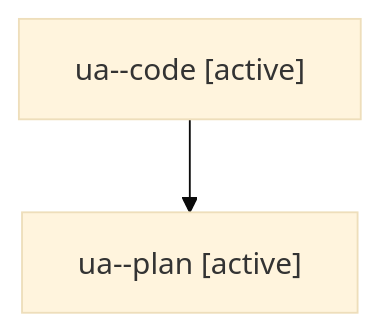
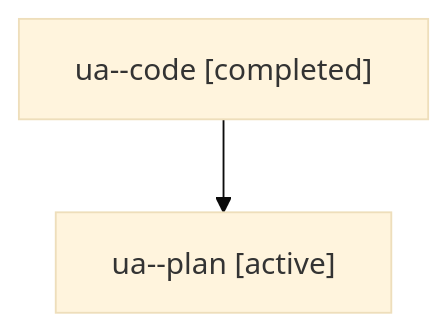
The diagram in families/bbugyi200.athena.ua.md (sase-org/sase--agents), drawn with Mermaid (base theme) before and after one commit. The commit also changed other lines of this file and 4556 other files, not shown here.

````diff
--- a/families/bbugyi200.athena.ua.md
+++ b/families/bbugyi200.athena.ua.md
@@ -9,6 +9,6 @@
 ```mermaid
 flowchart TD
-  n0["ua--code [active]"]
+  n0["ua--code [completed]"]
   n1["ua--plan [active]"]
   n0 --> n1
 ```
````
